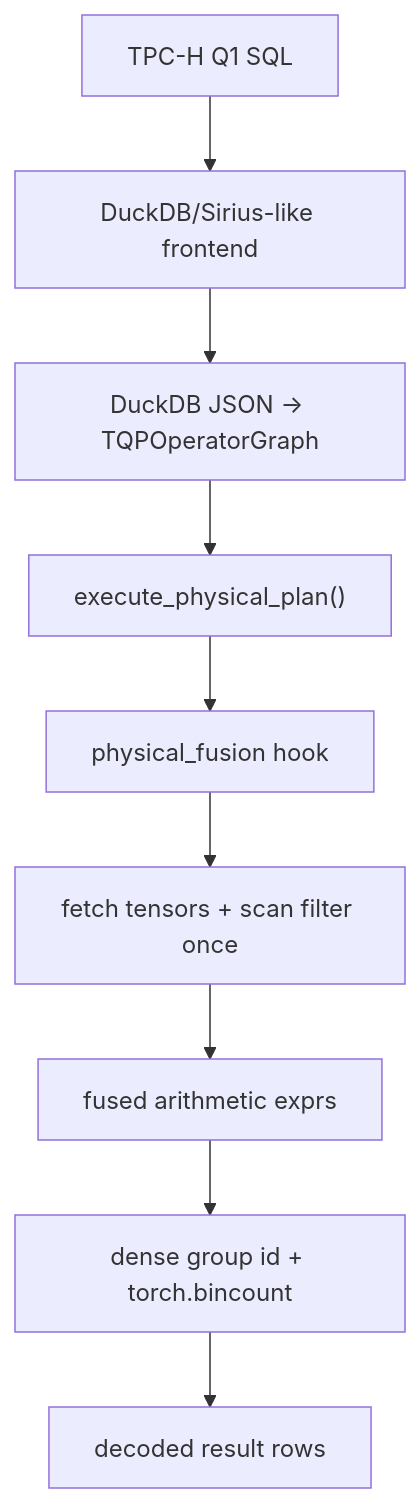
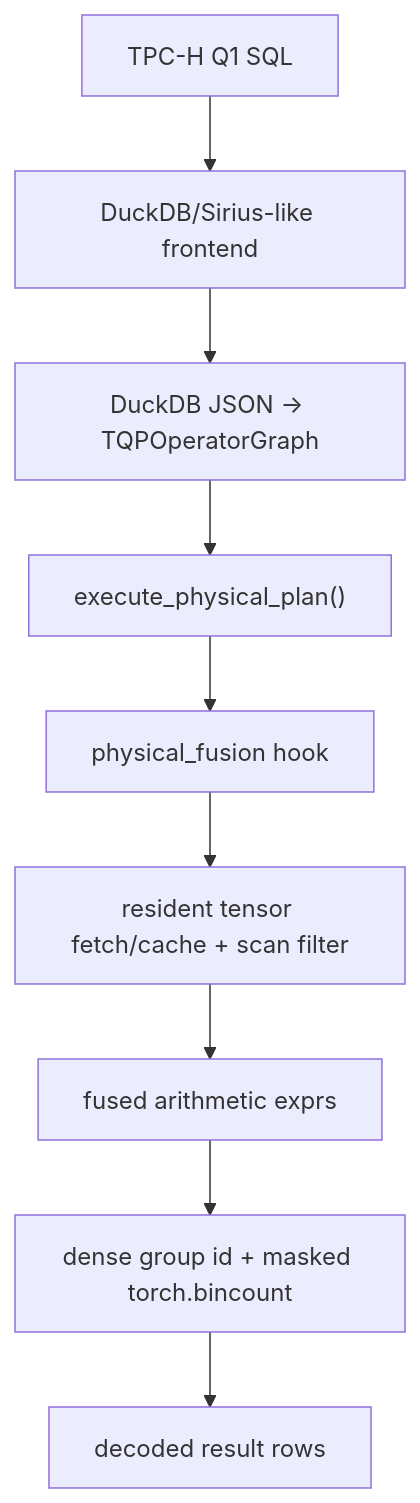
Before and after one commit to liuweibupt/torch-query-gpu: the second of 2 diagrams in docs/architecture.md, drawn with Mermaid. The commit also changed other lines of this file and 9 other files, not shown here.

````diff
--- a/docs/architecture.md
+++ b/docs/architecture.md
@@ -180,11 +180,11 @@
 ```mermaid
 flowchart TD
     Q1SQL["TPC-H Q1 SQL"] --> Frontend["DuckDB/Sirius-like frontend"]
     Frontend --> Graph["DuckDB JSON → TQPOperatorGraph"]
     Graph --> Physical["execute_physical_plan()"]
     Physical --> Fusion["physical_fusion hook"]
-    Fusion --> Scan["fetch tensors + scan filter once"]
+    Fusion --> Scan["resident tensor fetch/cache + scan filter"]
     Scan --> Project["fused arithmetic exprs"]
-    Project --> Aggregate["dense group id + torch.bincount"]
+    Project --> Aggregate["dense group id + masked torch.bincount"]
     Aggregate --> Rows["decoded result rows"]
 ```
````
